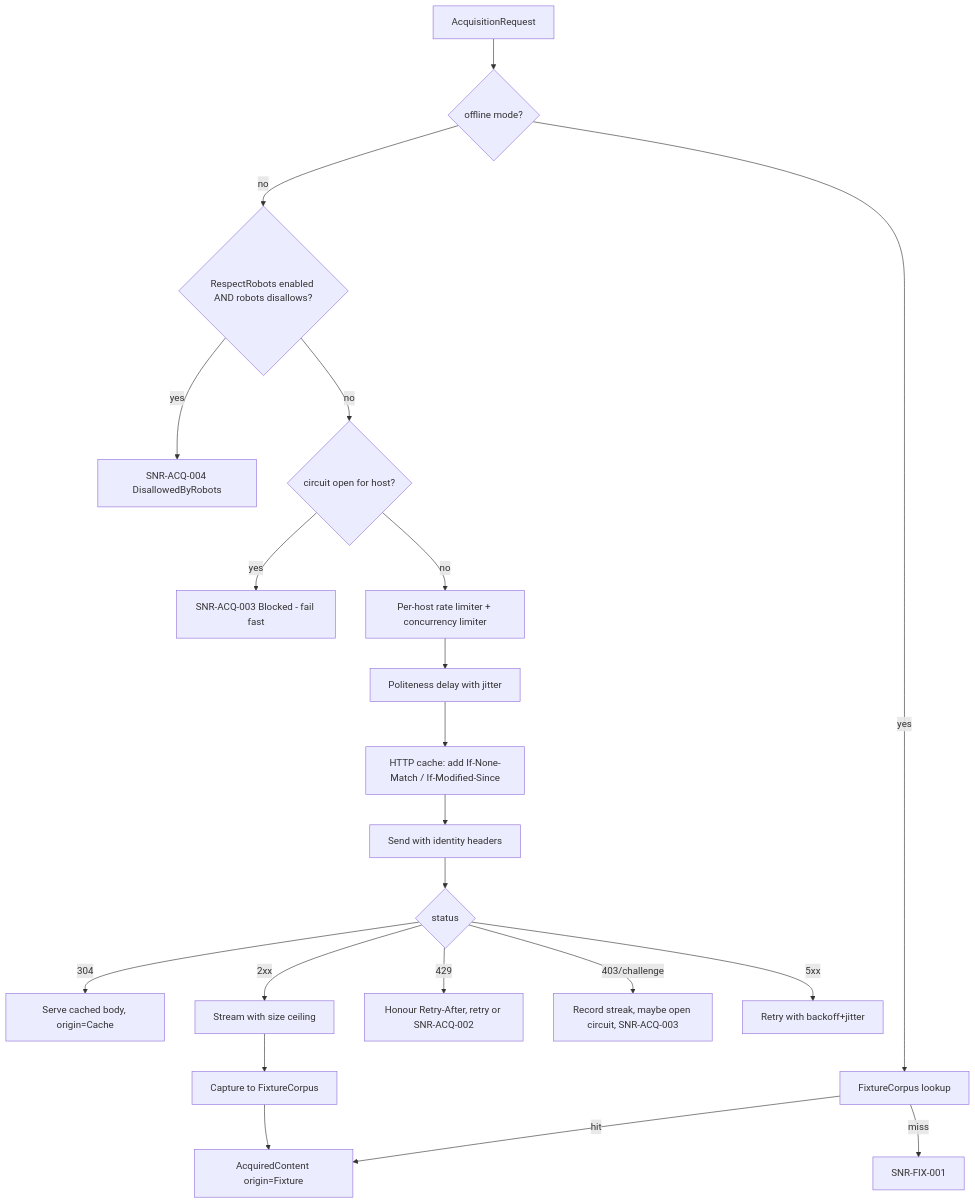
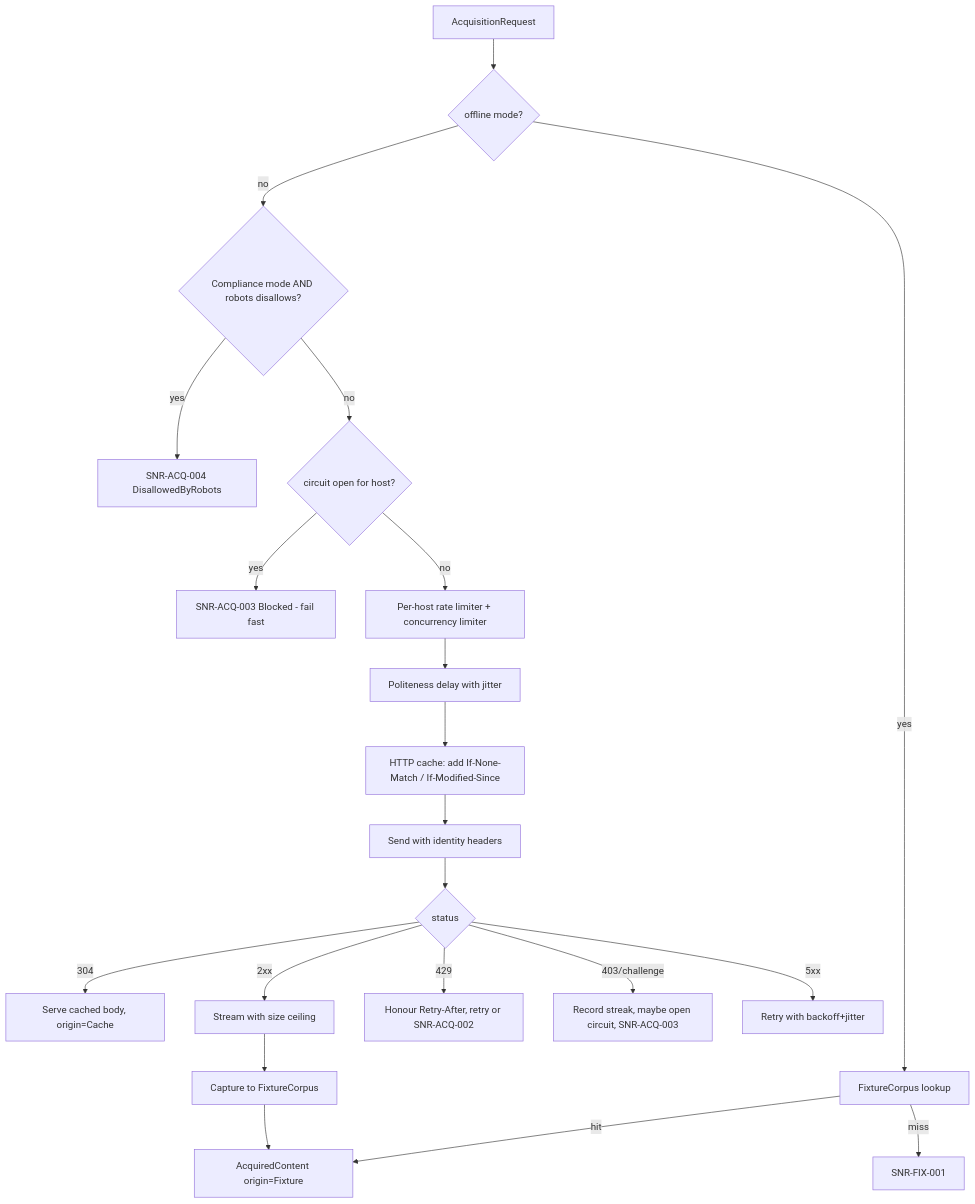
Before and after one commit to sommmen/Sanare: the diagram in docs/features/acquisition-pipeline.md, drawn with Mermaid. The commit also changed other lines of this file and 10 other files, not shown here.

````diff
--- a/docs/features/acquisition-pipeline.md
+++ b/docs/features/acquisition-pipeline.md
@@ -103,23 +93,23 @@
 ```mermaid
 flowchart TD
     A[AcquisitionRequest] --> B{offline mode?}
     B -- yes --> C[FixtureCorpus lookup]
     C -->|hit| D[AcquiredContent origin=Fixture]
     C -->|miss| E[SNR-FIX-001]
-    B -- no --> F{RespectRobots enabled AND robots disallows?}
+    B -- no --> F{Compliance mode AND robots disallows?}
     F -- yes --> G[SNR-ACQ-004 DisallowedByRobots]
     F -- no --> H{circuit open for host?}
     H -- yes --> I[SNR-ACQ-003 Blocked - fail fast]
     H -- no --> J[Per-host rate limiter + concurrency limiter]
     J --> K[Politeness delay with jitter]
     K --> L[HTTP cache: add If-None-Match / If-Modified-Since]
     L --> M[Send with identity headers]
     M --> N{status}
     N -- 304 --> O[Serve cached body, origin=Cache]
     N -- 2xx --> P[Stream with size ceiling]
     N -- 429 --> Q[Honour Retry-After, retry or SNR-ACQ-002]
     N -- 403/challenge --> R[Record streak, maybe open circuit, SNR-ACQ-003]
     N -- 5xx --> S[Retry with backoff+jitter]
     P --> T[Capture to FixtureCorpus]
     T --> D
 ```
````
